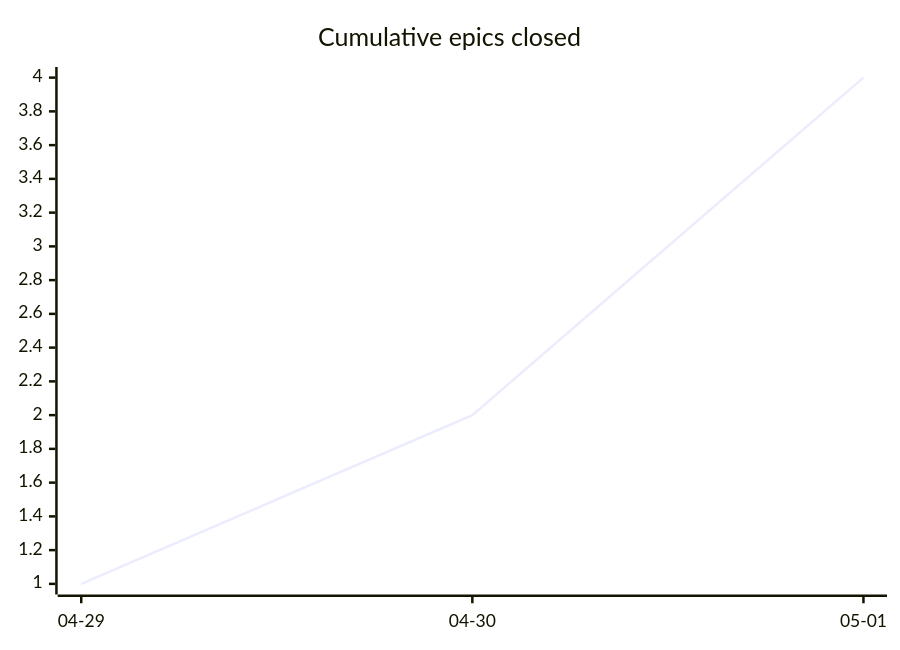
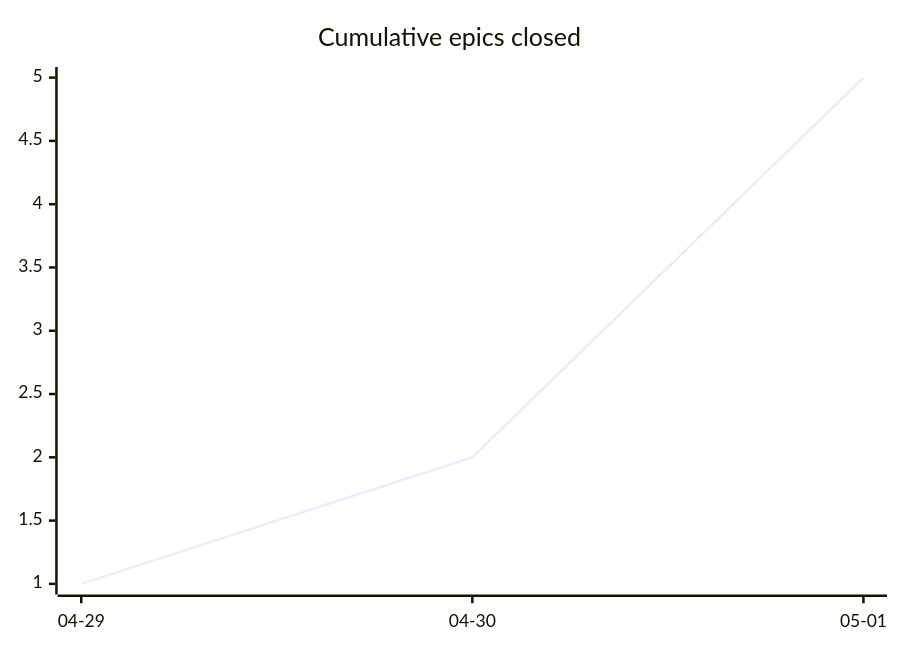
Before and after one commit to tgd1975/AwesomeStudioPedal: the second of 3 diagrams in docs/developers/tasks/OVERVIEW.md, drawn with Mermaid. The commit also changed other lines of this file and 3 other files, not shown here.

````diff
--- a/docs/developers/tasks/OVERVIEW.md
+++ b/docs/developers/tasks/OVERVIEW.md
@@ -31,6 +31,6 @@
 ```mermaid
 xychart-beta
     title "Cumulative epics closed"
     x-axis ["04-29", "04-30", "05-01"]
-    line [1, 2, 4]
+    line [1, 2, 5]
 ```
````
